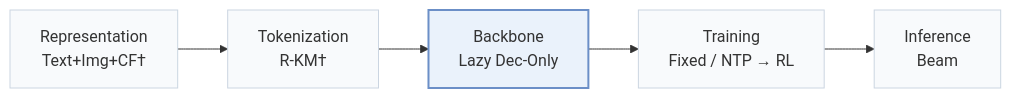
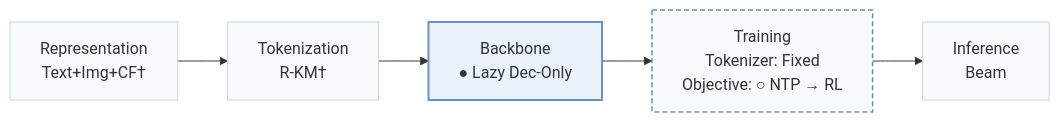
Before and after one commit to Galaxy-ghost/Awesome-SID-Generative-Rec: the first of 2 diagrams in pages/papers/onerec-v2.md, drawn with Mermaid. The commit also changed other lines of this file and 558 other files, not shown here.

````diff
--- a/pages/papers/onerec-v2.md
+++ b/pages/papers/onerec-v2.md
@@ -15,8 +18,10 @@
 ```mermaid
 flowchart LR
-    R["Representation<br/>Text+Img+CF†"] --> T["Tokenization<br/>R-KM†"] --> B["Backbone<br/>Lazy Dec-Only"] --> TR["Training<br/>Fixed / NTP → RL"] --> I["Inference<br/>Beam"]
+    R["Representation<br/>Text+Img+CF†"] --> T["Tokenization<br/>R-KM†"] --> B["Backbone<br/>● Lazy Dec-Only"] --> TR["Training<br/>Tokenizer: Fixed<br/>Objective: ○ NTP → RL"] --> I["Inference<br/>Beam"]
     classDef base fill:#f8fafc,stroke:#cbd5e1
     class R,T,B,TR,I base
+    classDef other fill:#f8fafc,stroke:#6b8fc7,stroke-width:1.5px,stroke-dasharray:5 3
+    class TR other
     classDef main fill:#eaf2fb,stroke:#6b8fc7,stroke-width:2px
     class B main
 ```
````
